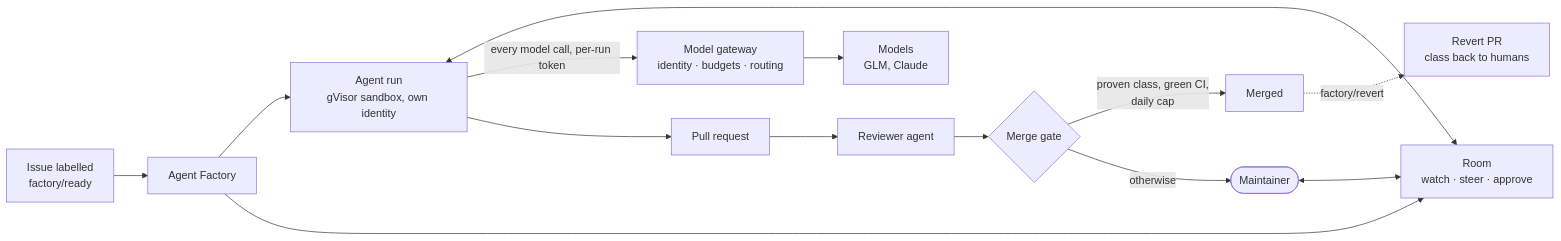
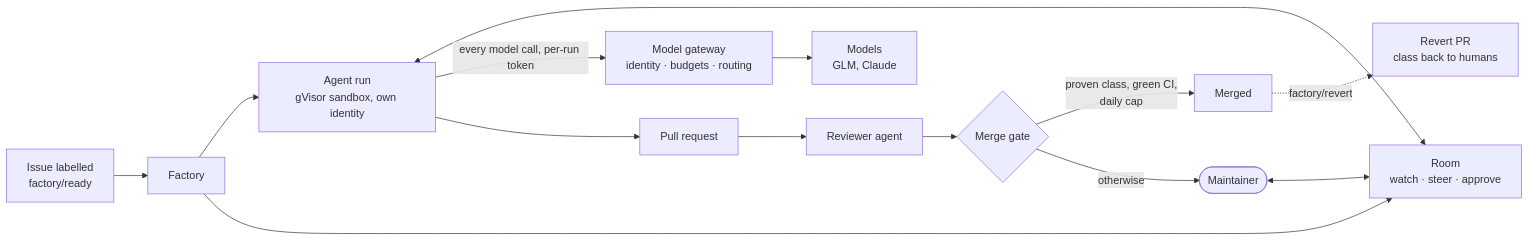
Before and after one commit to Smana/ai-native-ref: the diagram in README.md, drawn with Mermaid. The commit also changed 19 other files, not shown here.

````diff
--- a/README.md
+++ b/README.md
@@ -26,14 +26,14 @@
 ```mermaid
 flowchart LR
-  issue["Issue labelled<br/>factory/ready"] --> factory["Agent Factory"]
+  issue["Issue labelled<br/>factory/ready"] --> factory["Factory"]
   factory --> run["Agent run<br/>gVisor sandbox, own identity"]
   factory --> room["Room<br/>watch · steer · approve"]
   human(["Maintainer"]) <--> room
   run <--> room
   run -->|"every model call, per-run token"| gw["Model gateway<br/>identity · budgets · routing"]
   gw --> models["Models<br/>GLM, Claude"]
   run --> pr["Pull request"] --> review["Reviewer agent"] --> gate{"Merge gate"}
   gate -->|"proven class, green CI,<br/>daily cap"| merged["Merged"]
   gate -->|"otherwise"| human
   merged -.->|"factory/revert"| revert["Revert PR<br/>class back to humans"]
 ```
````
